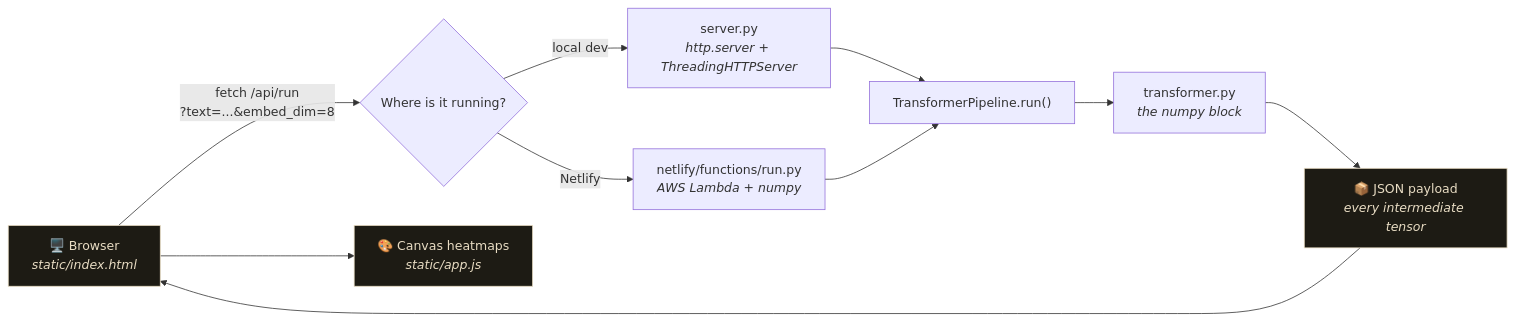
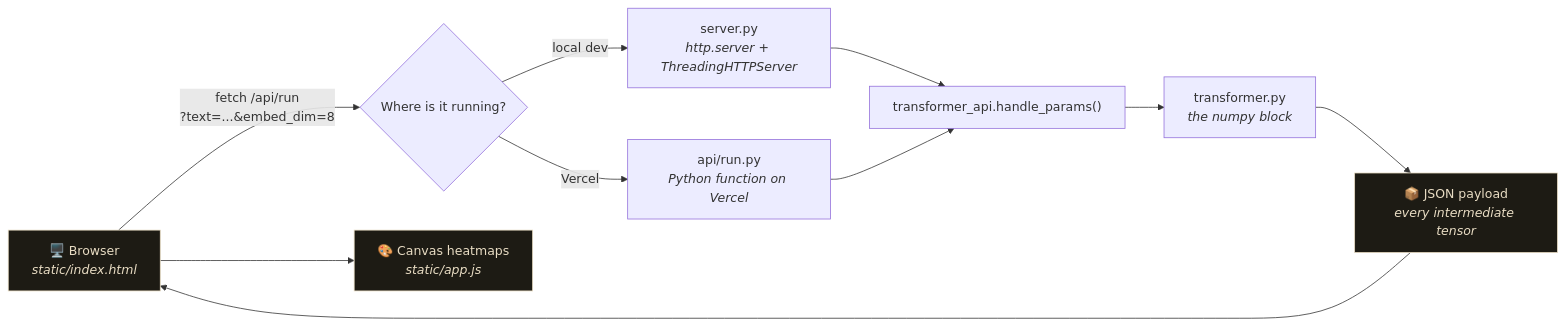
One commit to AKXLR8/transformer_in_numpy changed the first of 2 diagrams in README.md. Above: the diagram before and after it, drawn with Mermaid. The commit also changed other lines of this file and 10 other files, not shown here.

First line of the commit message:
Move deployment from Netlify to Vercel

````diff
--- a/README.md
+++ b/README.md
@@ -60,16 +60,16 @@
 ```mermaid
 flowchart LR
     U["🖥️ Browser<br/><i>static/index.html</i>"] -->|"fetch /api/run<br/>?text=...&amp;embed_dim=8"| S{"Where is it running?"}
     S -->|"local dev"| L["server.py<br/><i>http.server + ThreadingHTTPServer</i>"]
-    S -->|"Netlify"| F["netlify/functions/run.py<br/><i>AWS Lambda + numpy</i>"]
-    L --> P["TransformerPipeline.run()"]
+    S -->|"Vercel"| F["api/run.py<br/><i>Python function on Vercel</i>"]
+    L --> P["transformer_api.handle_params()"]
     F --> P
     P --> T["transformer.py<br/><i>the numpy block</i>"]
     T --> J["📦 JSON payload<br/><i>every intermediate tensor</i>"]
     J --> U
     U --> V["🎨 Canvas heatmaps<br/><i>static/app.js</i>"]
 
     style U fill:#1d1b14,stroke:#e8dcc3,color:#e8dcc3
     style J fill:#1d1b14,stroke:#e8dcc3,color:#e8dcc3
     style V fill:#1d1b14,stroke:#e8dcc3,color:#e8dcc3
 ```
````
